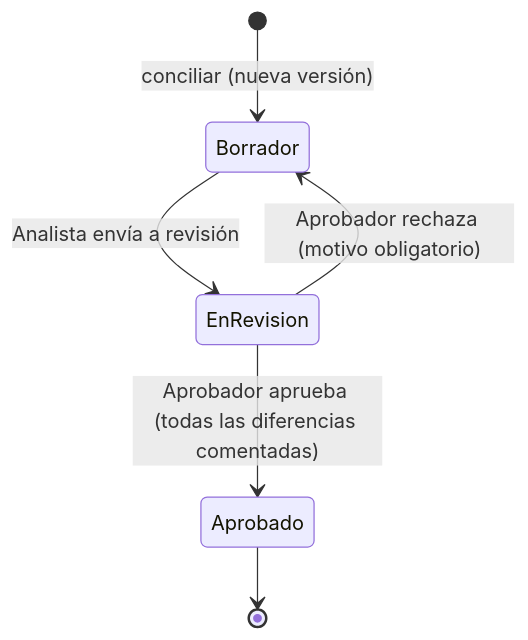
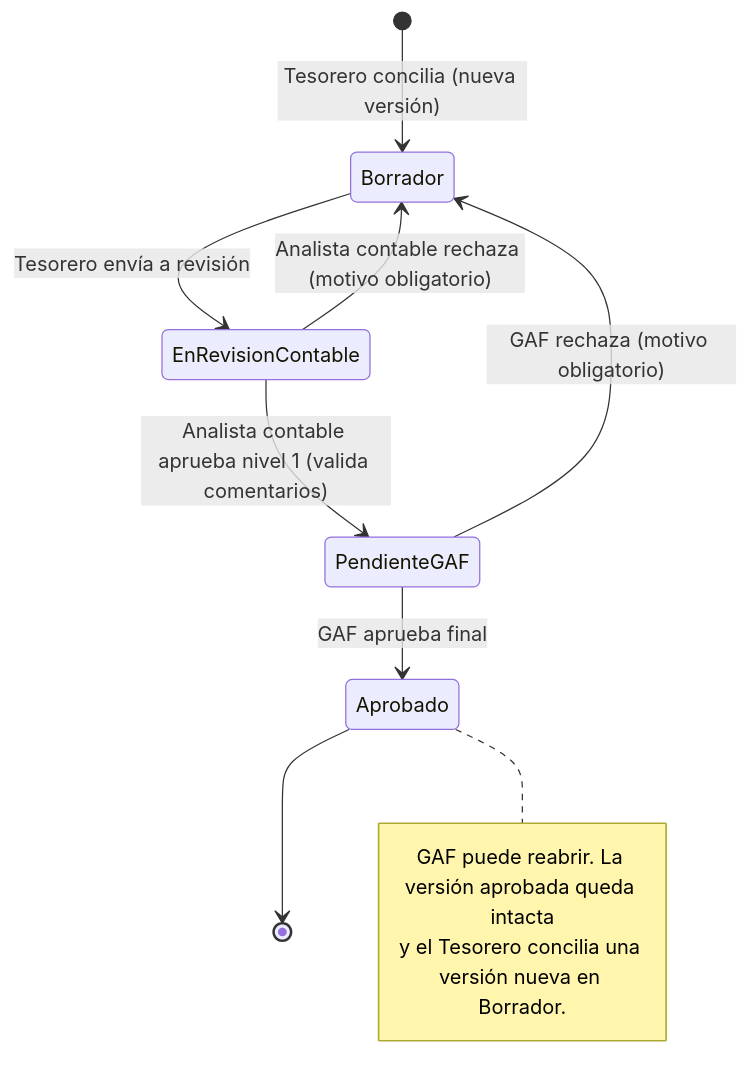
The third of 3 diagrams in docs/arquitectura.md (miguel-cortes-14/conciliasii), drawn with Mermaid before and after one commit. The commit also changed other lines of this file and 4 other files, not shown here.

First line of the commit message:
docs: aclara roles y responsables (Tesorero, Analista contable, GAF) en la arquitectura

````diff
--- a/docs/arquitectura.md
+++ b/docs/arquitectura.md
@@ -337,8 +434,14 @@
 ```mermaid
 stateDiagram-v2
-  [*] --> Borrador : conciliar (nueva versión)
-  Borrador --> EnRevision : Analista envía a revisión
-  EnRevision --> Aprobado : Aprobador aprueba (todas las diferencias comentadas)
-  EnRevision --> Borrador : Aprobador rechaza (motivo obligatorio)
+  [*] --> Borrador : Tesorero concilia (nueva versión)
+  Borrador --> EnRevisionContable : Tesorero envía a revisión
+  EnRevisionContable --> PendienteGAF : Analista contable aprueba nivel 1 (valida comentarios)
+  EnRevisionContable --> Borrador : Analista contable rechaza (motivo obligatorio)
+  PendienteGAF --> Aprobado : GAF aprueba final
+  PendienteGAF --> Borrador : GAF rechaza (motivo obligatorio)
   Aprobado --> [*]
+  note right of Aprobado
+    GAF puede reabrir. La versión aprobada queda intacta
+    y el Tesorero concilia una versión nueva en Borrador.
+  end note
 ```
````
